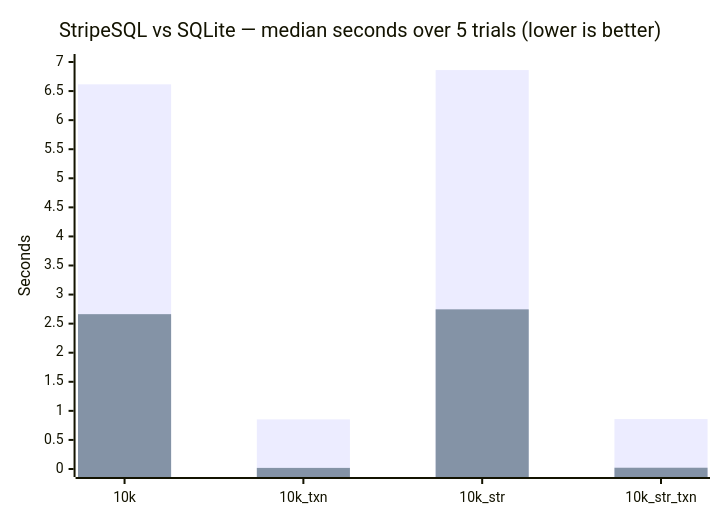
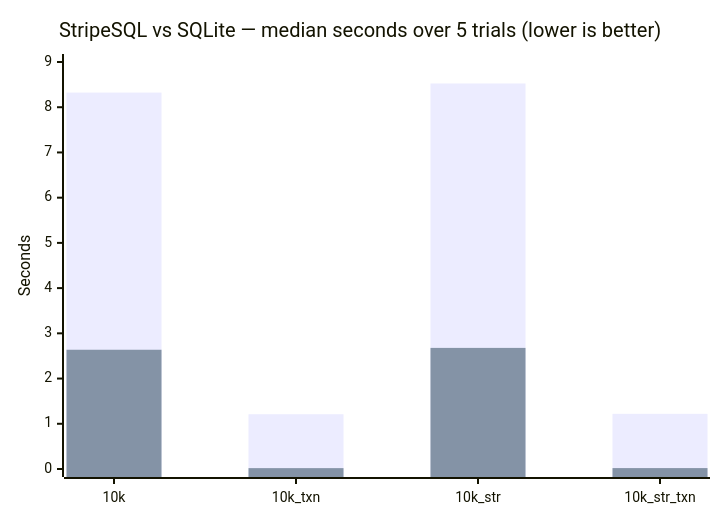
The diagram in README.md (ekothavale/StripeSQL), drawn with Mermaid before and after one commit. The commit also changed other lines of this file, not shown here.

````diff
--- a/README.md
+++ b/README.md
@@ -286,8 +319,8 @@
 ```mermaid
 xychart-beta
     title "StripeSQL vs SQLite — median seconds over 5 trials (lower is better)"
     x-axis ["10k", "10k_txn", "10k_str", "10k_str_txn"]
-    y-axis "Seconds" 0 --> 7
-    bar "StripeSQL" [6.616, 0.853, 6.861, 0.859]
-    bar "SQLite" [2.663, 0.019, 2.746, 0.022]
+    y-axis "Seconds" 0 --> 9
+    bar "StripeSQL" [8.324, 1.211, 8.525, 1.220]
+    bar "SQLite" [2.637, 0.019, 2.678, 0.020]
 ```
````
